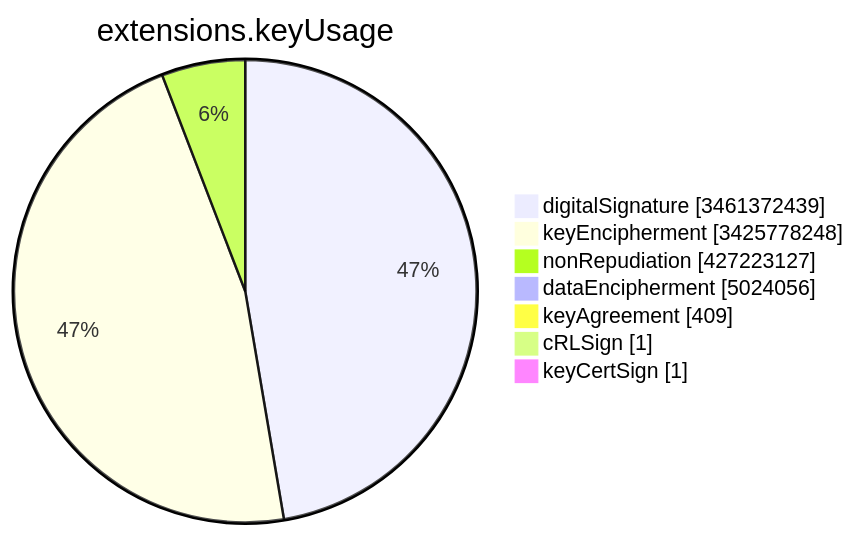
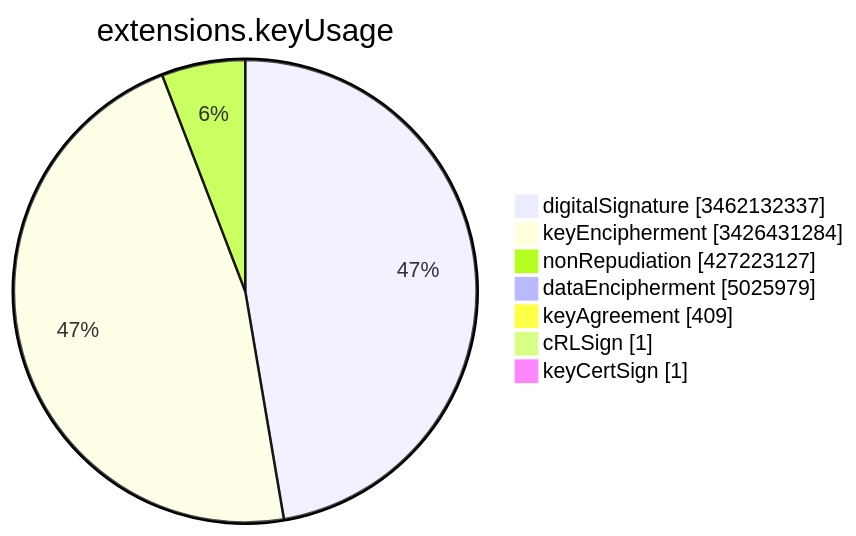
The sixth of 15 diagrams in TOTAL/README.md (christiankrug/ctmonitor_visualization), drawn with Mermaid before and after one commit. The commit also changed other lines of this file, not shown here.

````diff
--- a/TOTAL/README.md
+++ b/TOTAL/README.md
@@ -3082,11 +3082,11 @@
 ```mermaid
 pie showData
 title extensions.keyUsage
-"digitalSignature" :3461372439
-"keyEncipherment" :3425778248
+"digitalSignature" :3462132337
+"keyEncipherment" :3426431284
 "nonRepudiation" :427223127
-"dataEncipherment" :5024056
+"dataEncipherment" :5025979
 "keyAgreement" :409
 "cRLSign" :1
 "keyCertSign" :1
 ```
````
